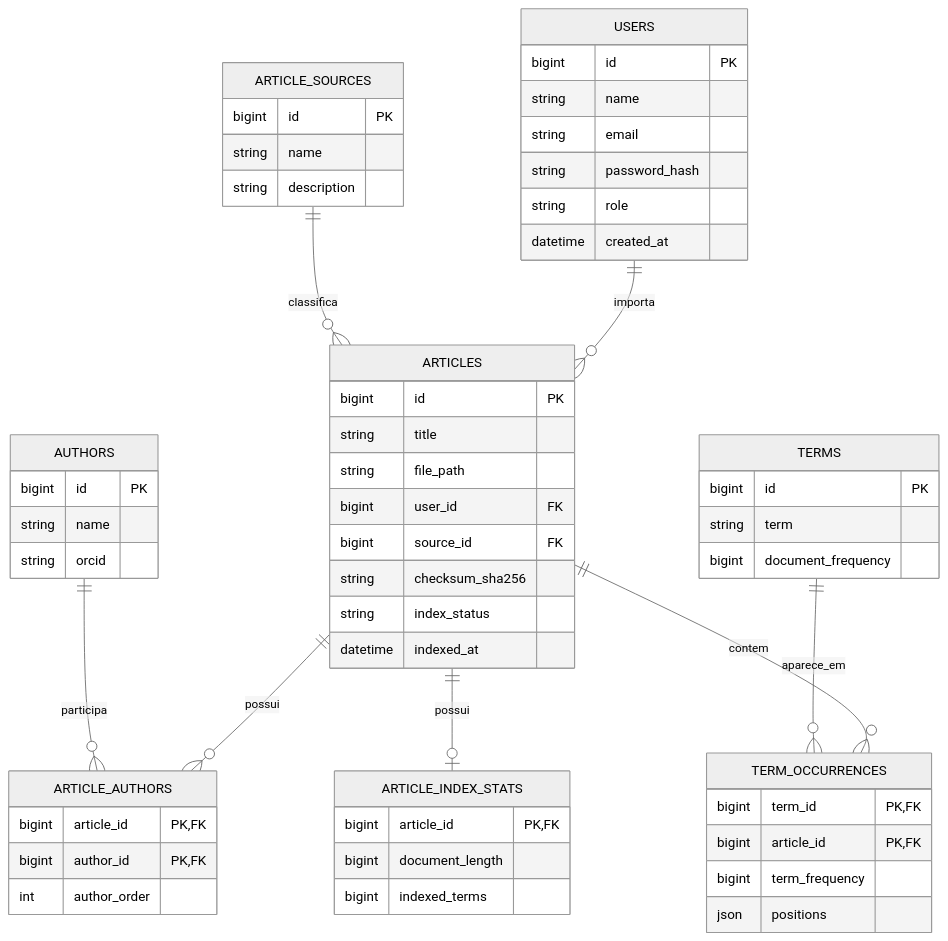
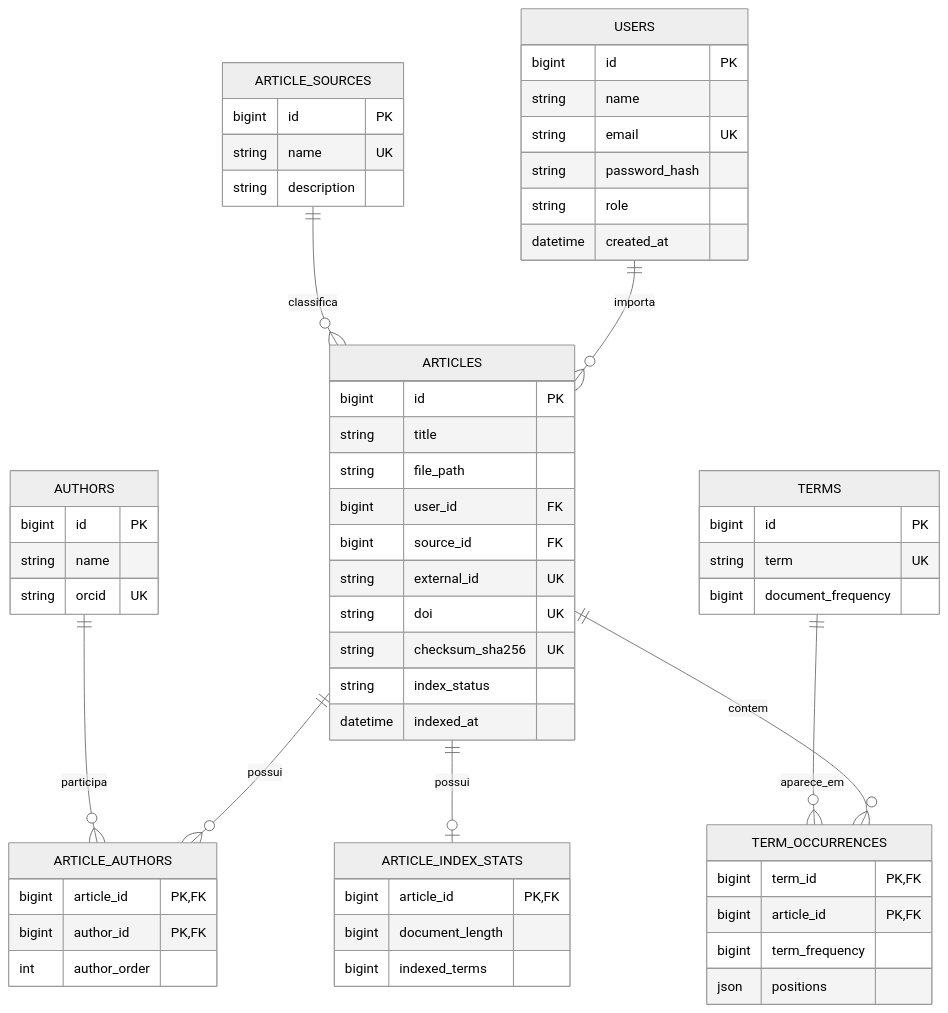
Before and after one commit to Tomaz-Arlindo/Concordia: the fourth of 4 diagrams in Docs/Sprints/Sprint-2.md, drawn with Mermaid (neutral theme). The commit also changed other lines of this file and 3 other files, not shown here.

````diff
--- a/Docs/Sprints/Sprint-2.md
+++ b/Docs/Sprints/Sprint-2.md
@@ -160,60 +160,62 @@
 ```mermaid
 erDiagram
     USERS ||--o{ ARTICLES : importa
     ARTICLE_SOURCES ||--o{ ARTICLES : classifica
     ARTICLES ||--o{ ARTICLE_AUTHORS : possui
     AUTHORS ||--o{ ARTICLE_AUTHORS : participa
     ARTICLES ||--o{ TERM_OCCURRENCES : contem
     TERMS ||--o{ TERM_OCCURRENCES : aparece_em
     ARTICLES ||--o| ARTICLE_INDEX_STATS : possui
 
     USERS {
         bigint id PK
         string name
-        string email
+        string email UK
         string password_hash
         string role
         datetime created_at
     }
     ARTICLE_SOURCES {
         bigint id PK
-        string name
+        string name UK
         string description
     }
     ARTICLES {
         bigint id PK
         string title
         string file_path
         bigint user_id FK
         bigint source_id FK
-        string checksum_sha256
+        string external_id UK
+        string doi UK
+        string checksum_sha256 UK
         string index_status
         datetime indexed_at
     }
     AUTHORS {
         bigint id PK
         string name
-        string orcid
+        string orcid UK
     }
     ARTICLE_AUTHORS {
         bigint article_id PK, FK
         bigint author_id PK, FK
         int author_order
     }
     TERMS {
         bigint id PK
-        string term
+        string term UK
         bigint document_frequency
     }
     TERM_OCCURRENCES {
         bigint term_id PK, FK
         bigint article_id PK, FK
         bigint term_frequency
         json positions
     }
     ARTICLE_INDEX_STATS {
         bigint article_id PK, FK
         bigint document_length
         bigint indexed_terms
     }
 ```
````
